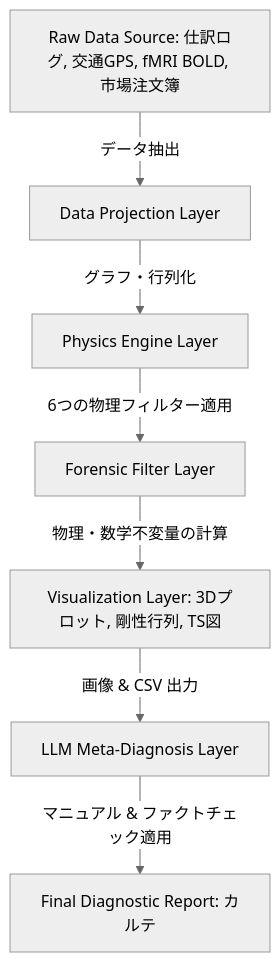
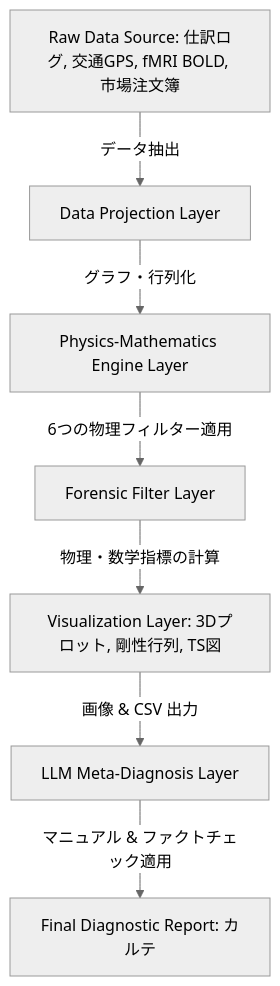
Before and after one commit to renpoo/TLU: the diagram in docs/ja/02_System_Architecture_and_Operations.md, drawn with Mermaid (neutral theme). The commit also changed other lines of this file and 47 other files, not shown here.

````diff
--- a/docs/ja/02_System_Architecture_and_Operations.md
+++ b/docs/ja/02_System_Architecture_and_Operations.md
@@ -23,9 +23,9 @@
 ```mermaid
 graph TD
     A[Raw Data Source: 仕訳ログ, 交通GPS, fMRI BOLD, 市場注文簿] -->|データ抽出| B[Data Projection Layer]
-    B -->|グラフ・行列化| C[Physics Engine Layer]
+    B -->|グラフ・行列化| C[Physics-Mathematics Engine Layer]
     C -->|6つの物理フィルター適用| D[Forensic Filter Layer]
-    D -->|物理・数学不変量の計算| E[Visualization Layer: 3Dプロット, 剛性行列, TS図]
+    D -->|物理・数学指標の計算| E[Visualization Layer: 3Dプロット, 剛性行列, TS図]
     E -->|画像 & CSV 出力| F[LLM Meta-Diagnosis Layer]
     F -->|マニュアル & ファクトチェック適用| G[Final Diagnostic Report: カルテ]
 ```
````
